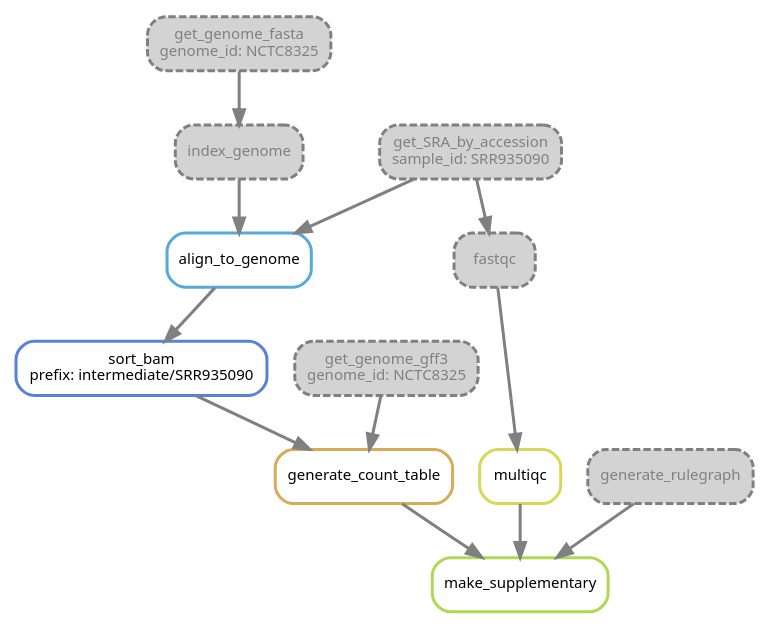
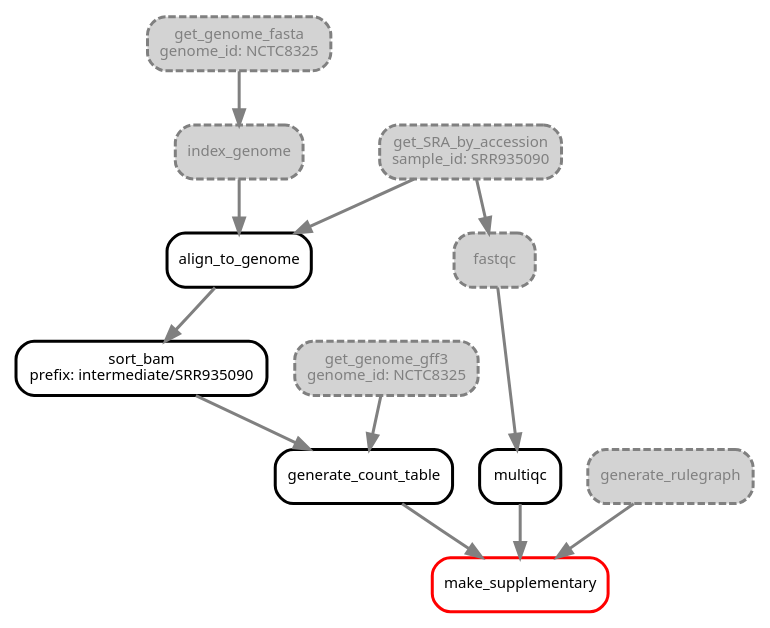
One commit to NBISweden/workshop-reproducible-research changed diagram 12 of 12 in lectures/snakemake/snakemake.qmd. Above: the diagram before and after it, drawn with Graphviz. The commit also changed other lines of this file, not shown here.

````diff
--- a/lectures/snakemake/snakemake.qmd
+++ b/lectures/snakemake/snakemake.qmd
@@ -720,29 +764,29 @@
 ``` {dot}
 digraph snakemake_dag {
     graph[bgcolor=white, margin=1];
     node[shape=box, style=rounded, fontname=sans,                 fontsize=10, penwidth=2];
     edge[penwidth=2, color=grey];
-        0[label = "make_supplementary", color = "0.22 0.6 0.85", style="rounded"];
-        1[label = "generate_count_table", color = "0.11 0.6 0.85", style="rounded"];
-        2[label = "sort_bam\nprefix: intermediate/SRR935090", color = "0.61 0.6 0.85", style="rounded"];
-        3[label = "align_to_genome", color = "0.56 0.6 0.85", style="rounded"];
+        0[label = "make_supplementary", color = "red", style="rounded"];
+        1[label = "generate_count_table", color = "black", style="rounded"];
+        2[label = "sort_bam\nprefix: intermediate/SRR935090", color = "black", style="rounded"];
+        3[label = "align_to_genome", color = "black", style="rounded"];
         4[label = "get_SRA_by_accession\nsample_id: SRR935090", fontcolor="grey", fillcolor="lightgrey", color = "grey", style="rounded,dashed,filled"];
         5[label = "index_genome", color = "grey", fillcolor="lightgrey", fontcolor="grey", style="rounded,dashed,filled"];
         6[label = "get_genome_fasta\ngenome_id: NCTC8325", color = "grey", fontcolor="grey", fillcolor="lightgrey", style="rounded,dashed,filled"];
         7[label = "get_genome_gff3\ngenome_id: NCTC8325", color = "grey", fontcolor="grey", fillcolor="lightgrey", style="rounded,dashed,filled"];
-        8[label = "multiqc", color = "0.17 0.6 0.85", style="rounded"];
+        8[label = "multiqc", color = "black", style="rounded"];
         9[label = "fastqc", color = "grey", fillcolor="lightgrey", fontcolor="grey", style="rounded,dashed,filled"];
         10[label = "generate_rulegraph", background_color="black", fontcolor="grey", color = "grey", fillcolor="lightgrey", style="rounded,dashed,filled"];
         1 -> 0
         8 -> 0
         10 -> 0
         2 -> 1
         7 -> 1
         3 -> 2
         4 -> 3
         5 -> 3
         6 -> 5
         9 -> 8
         4 -> 9
 } 
 ```
````
